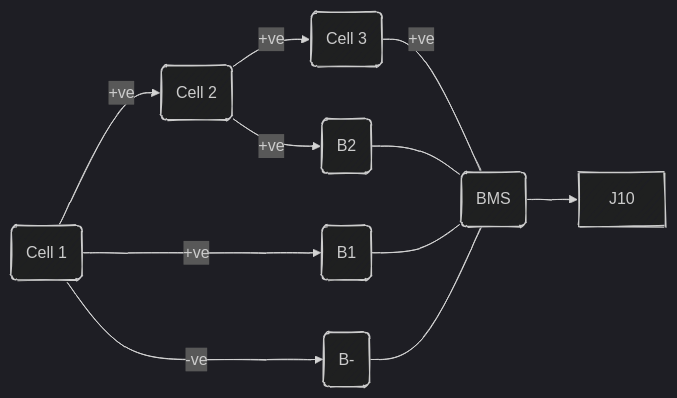
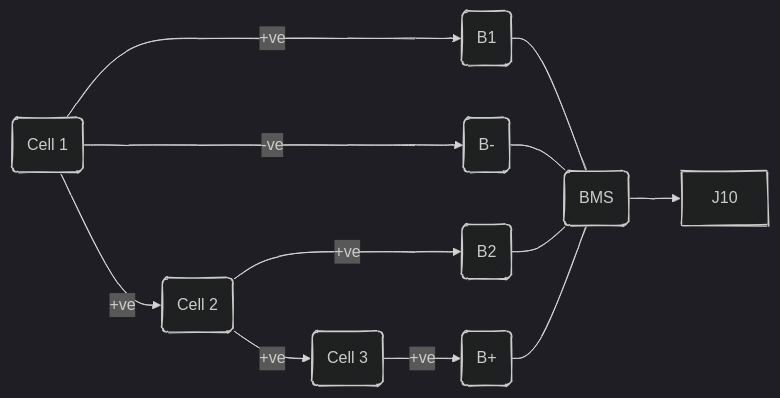
Before and after one commit to Visaging/ESP32-Gimbal: the first of 4 diagrams in README.md, drawn with Mermaid (dark theme).

````diff
--- a/README.md
+++ b/README.md
@@ -23,12 +23,13 @@
   ```mermaid
   ---
   config:
     look: handDrawn
   ---
   flowchart LR
-      A(Cell 1)-->|+ve|B(Cell 2)-->|+ve|C(Cell 3)---|+ve|D
+      A(Cell 1)-->|+ve|B(Cell 2)-->|+ve|C(Cell 3)
       A(Cell 1)-->|+ve|F(B1)---D
       A(Cell 1)-->|-ve|E(B-)---D(BMS)
       B(Cell 2)-->|+ve|G(B2)---D
+      C(Cell 3)-->|+ve|H(B+)---D
       D-->J10
   ```
````
